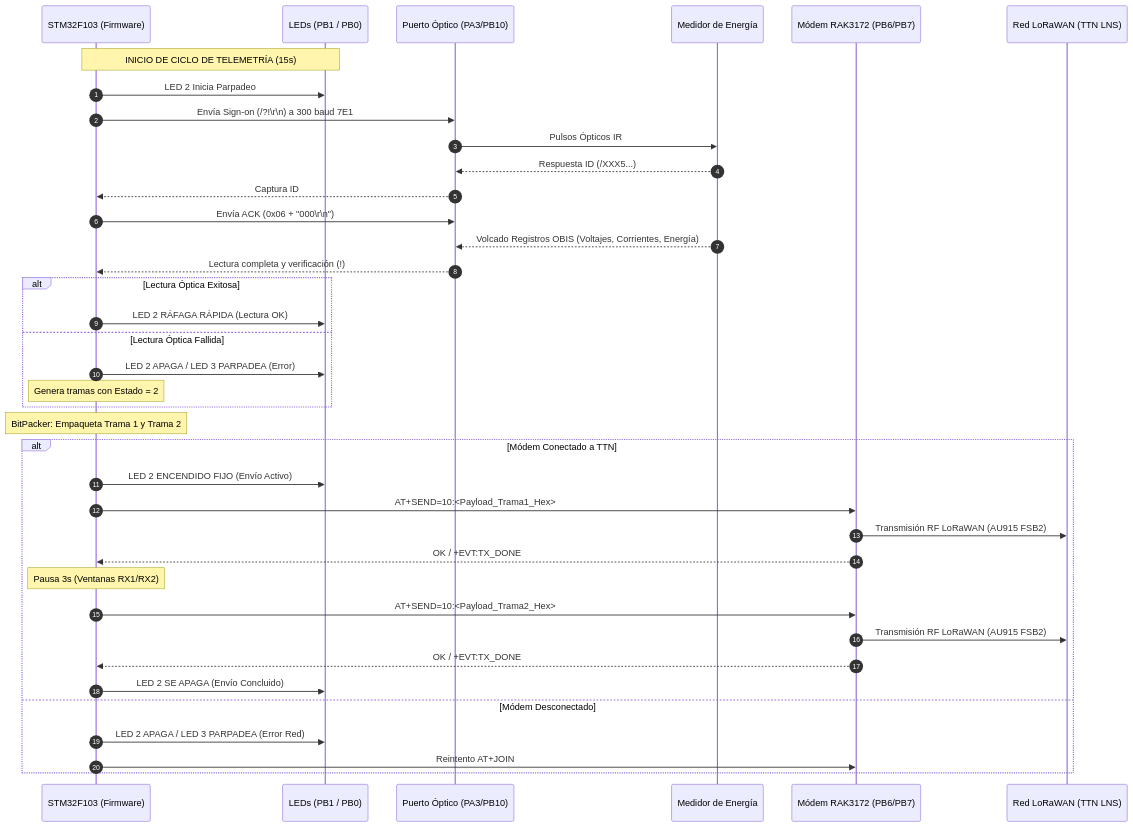
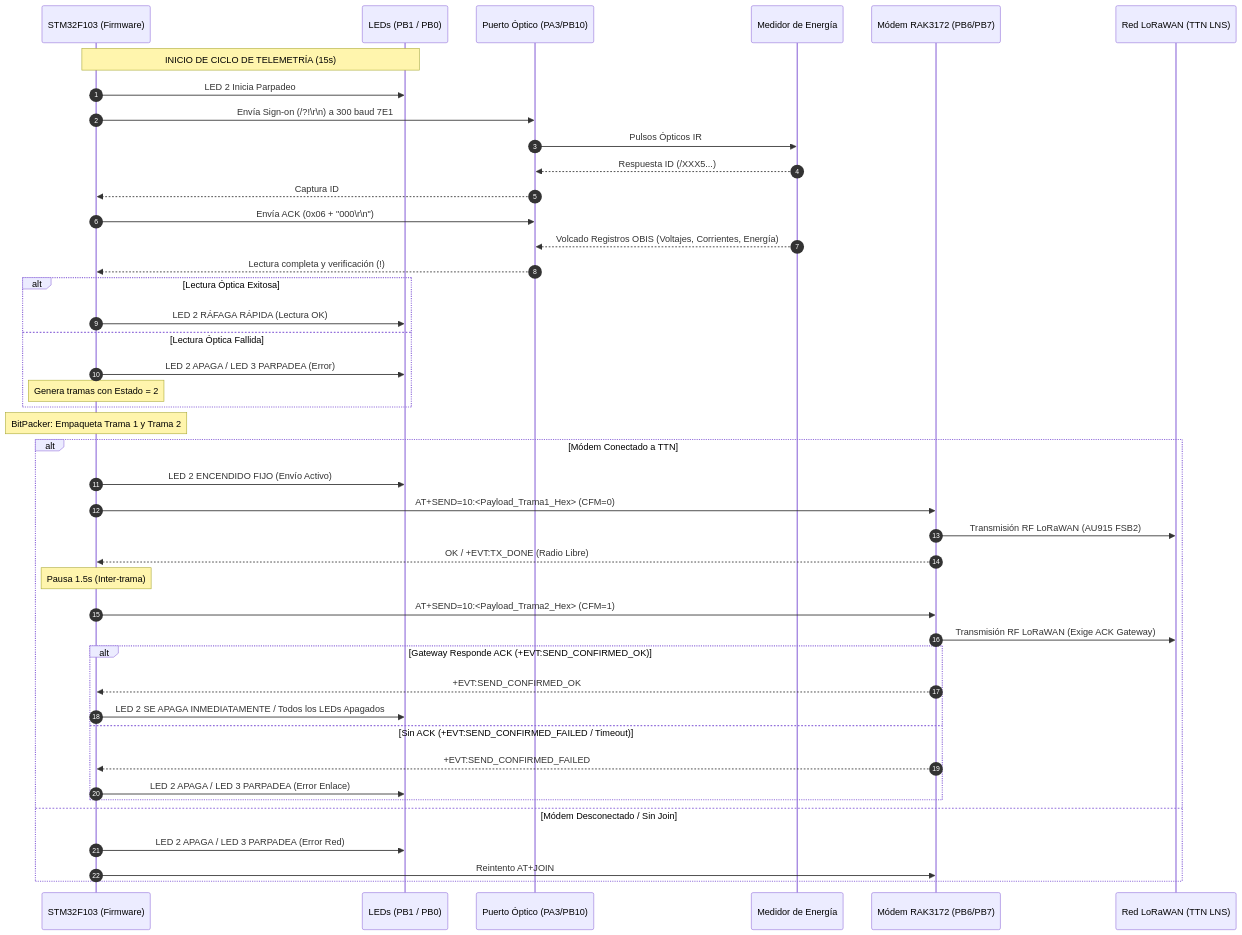
Before and after one commit to ricardomagallanes/ElectroKaptor: the second of 2 diagrams in documentacion/LOGICA_DEL_PROGRAMA.md, drawn with Mermaid. The commit also changed other lines of this file and 1 other file, not shown here.

Commit message:
docs: document hybrid cycle-ACK uplink, radio event synchronization, and final LED signaling logic

````diff
--- a/documentacion/LOGICA_DEL_PROGRAMA.md
+++ b/documentacion/LOGICA_DEL_PROGRAMA.md
@@ -128,44 +128,49 @@
 ```mermaid
 sequenceDiagram
     autonumber
     participant MCU as STM32F103 (Firmware)
     participant LED as LEDs (PB1 / PB0)
     participant Sonda as Puerto Óptico (PA3/PB10)
     participant Medidor as Medidor de Energía
     participant RAK as Módem RAK3172 (PB6/PB7)
     participant TTN as Red LoRaWAN (TTN LNS)
 
     Note over MCU,LED: INICIO DE CICLO DE TELEMETRÍA (15s)
     MCU->>LED: LED 2 Inicia Parpadeo
     MCU->>Sonda: Envía Sign-on (/?!\r\n) a 300 baud 7E1
     Sonda->>Medidor: Pulsos Ópticos IR
     Medidor-->>Sonda: Respuesta ID (/XXX5...)
     Sonda-->>MCU: Captura ID
     MCU->>Sonda: Envía ACK (0x06 + "000\r\n")
     Medidor-->>Sonda: Volcado Registros OBIS (Voltajes, Corrientes, Energía)
     Sonda-->>MCU: Lectura completa y verificación (!)
     
     alt Lectura Óptica Exitosa
         MCU->>LED: LED 2 RÁFAGA RÁPIDA (Lectura OK)
     else Lectura Óptica Fallida
         MCU->>LED: LED 2 APAGA / LED 3 PARPADEA (Error)
         Note over MCU: Genera tramas con Estado = 2
     end
 
     Note over MCU: BitPacker: Empaqueta Trama 1 y Trama 2
     
     alt Módem Conectado a TTN
         MCU->>LED: LED 2 ENCENDIDO FIJO (Envío Activo)
-        MCU->>RAK: AT+SEND=10:<Payload_Trama1_Hex>
+        MCU->>RAK: AT+SEND=10:<Payload_Trama1_Hex> (CFM=0)
         RAK->>TTN: Transmisión RF LoRaWAN (AU915 FSB2)
-        RAK-->>MCU: OK / +EVT:TX_DONE
-        Note over MCU: Pausa 3s (Ventanas RX1/RX2)
-        MCU->>RAK: AT+SEND=10:<Payload_Trama2_Hex>
-        RAK->>TTN: Transmisión RF LoRaWAN (AU915 FSB2)
-        RAK-->>MCU: OK / +EVT:TX_DONE
-        MCU->>LED: LED 2 SE APAGA (Envío Concluido)
-    else Módem Desconectado
+        RAK-->>MCU: OK / +EVT:TX_DONE (Radio Libre)
+        Note over MCU: Pausa 1.5s (Inter-trama)
+        MCU->>RAK: AT+SEND=10:<Payload_Trama2_Hex> (CFM=1)
+        RAK->>TTN: Transmisión RF LoRaWAN (Exige ACK Gateway)
+        alt Gateway Responde ACK (+EVT:SEND_CONFIRMED_OK)
+            RAK-->>MCU: +EVT:SEND_CONFIRMED_OK
+            MCU->>LED: LED 2 SE APAGA INMEDIATAMENTE / Todos los LEDs Apagados
+        else Sin ACK (+EVT:SEND_CONFIRMED_FAILED / Timeout)
+            RAK-->>MCU: +EVT:SEND_CONFIRMED_FAILED
+            MCU->>LED: LED 2 APAGA / LED 3 PARPADEA (Error Enlace)
+        end
+    else Módem Desconectado / Sin Join
         MCU->>LED: LED 2 APAGA / LED 3 PARPADEA (Error Red)
         MCU->>RAK: Reintento AT+JOIN
     end
 ```
````
